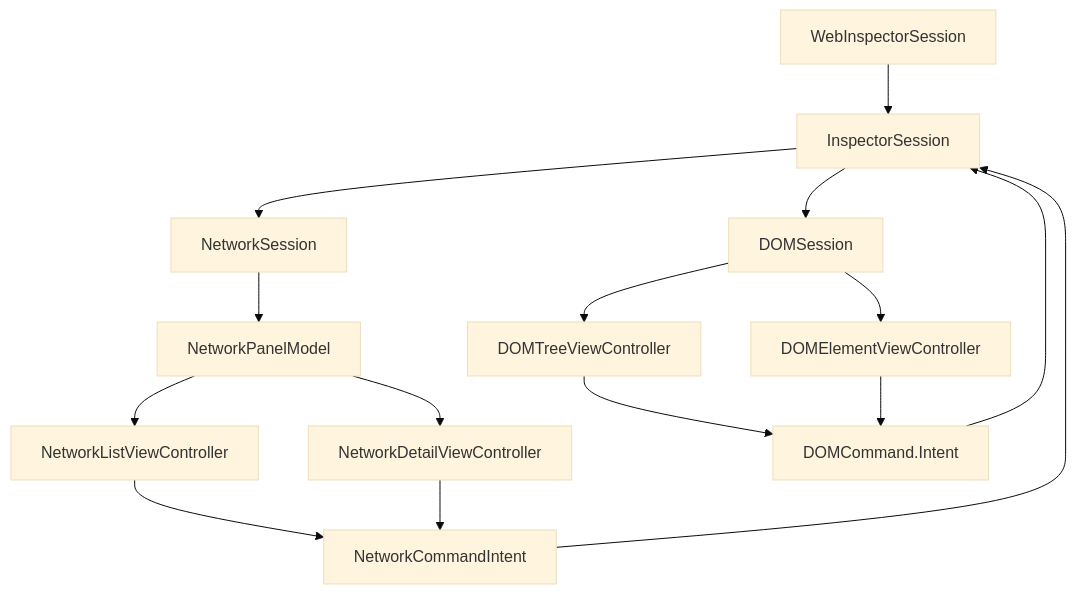
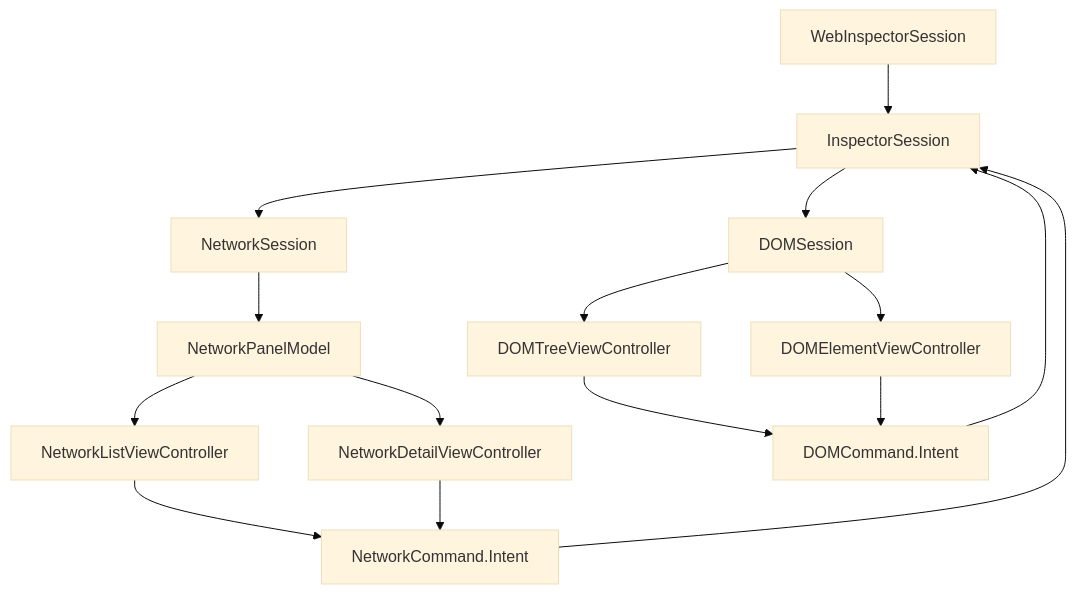
Before and after one commit to lynnswap/WebInspectorKit: the second of 5 diagrams in Sources/WebInspectorUI/Docs/UIIntegration.md, drawn with Mermaid (base theme). The commit also changed other lines of this file and 31 other files, not shown here.

````diff
--- a/Sources/WebInspectorUI/Docs/UIIntegration.md
+++ b/Sources/WebInspectorUI/Docs/UIIntegration.md
@@ -40,29 +40,29 @@
 ```mermaid
 flowchart TD
     PublicSession["WebInspectorSession"]
     Runtime["InspectorSession"]
     DOMSession["DOMSession"]
     NetworkSession["NetworkSession"]
     DOMTree["DOMTreeViewController"]
     DOMElement["DOMElementViewController"]
     NetworkPanel["NetworkPanelModel"]
     NetworkList["NetworkListViewController"]
     NetworkDetail["NetworkDetailViewController"]
     DOMCommands["DOMCommand.Intent"]
-    NetworkCommands["NetworkCommandIntent"]
+    NetworkCommands["NetworkCommand.Intent"]
 
     PublicSession --> Runtime
     Runtime --> DOMSession
     Runtime --> NetworkSession
     DOMSession --> DOMTree
     DOMSession --> DOMElement
     NetworkSession --> NetworkPanel
     NetworkPanel --> NetworkList
     NetworkPanel --> NetworkDetail
     DOMTree --> DOMCommands
     DOMElement --> DOMCommands
     NetworkList --> NetworkCommands
     NetworkDetail --> NetworkCommands
     DOMCommands --> Runtime
     NetworkCommands --> Runtime
 ```
````
